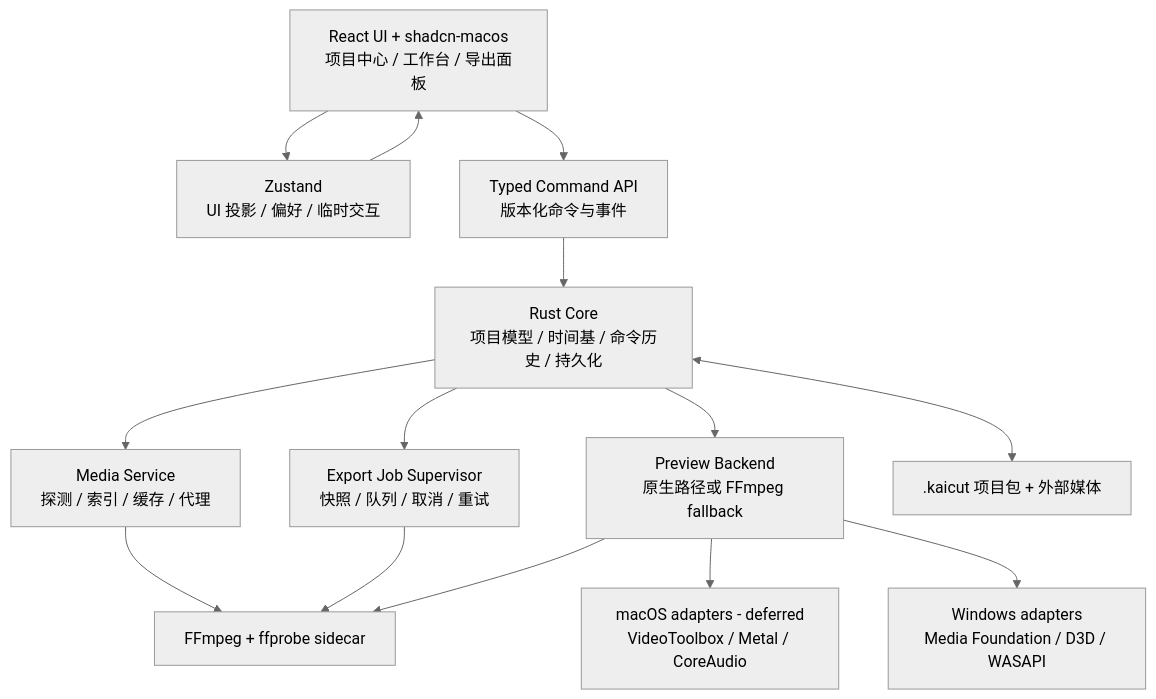
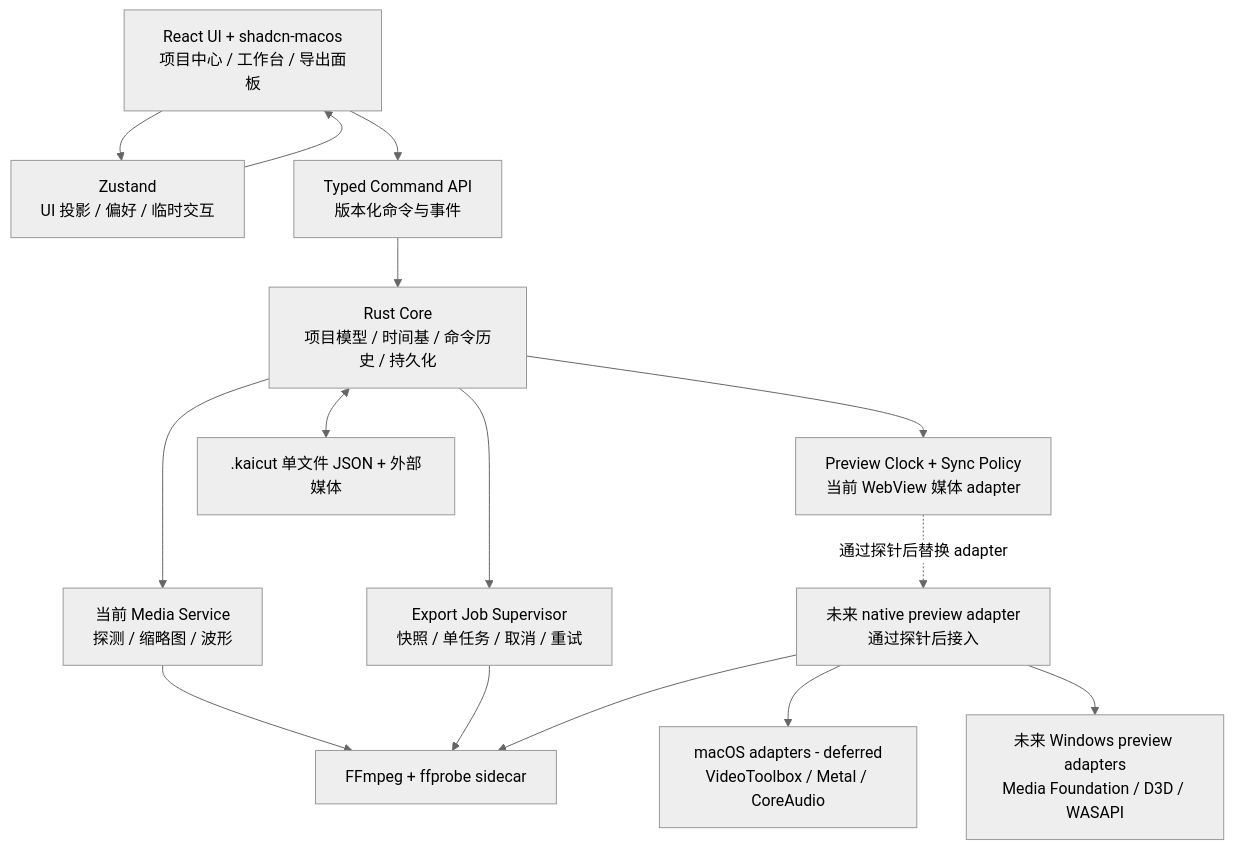
One commit to Jianmiao/KaiCut changed the diagram in docs/ARCHITECTURE.md. Above: the diagram before and after it, drawn with Mermaid (neutral theme). The commit also changed other lines of this file and 266 other files, not shown here.

````diff
--- a/docs/ARCHITECTURE.md
+++ b/docs/ARCHITECTURE.md
@@ -41,28 +41,30 @@
 ```mermaid
 flowchart TD
   UI[React UI + shadcn-macos\n项目中心 / 工作台 / 导出面板]
   Z[Zustand\nUI 投影 / 偏好 / 临时交互]
   CMD[Typed Command API\n版本化命令与事件]
   CORE[Rust Core\n项目模型 / 时间基 / 命令历史 / 持久化]
-  MEDIA[Media Service\n探测 / 索引 / 缓存 / 代理]
-  PREVIEW[Preview Backend\n原生路径或 FFmpeg fallback]
-  EXPORT[Export Job Supervisor\n快照 / 队列 / 取消 / 重试]
+  MEDIA[当前 Media Service\n探测 / 缩略图 / 波形]
+  PREVIEW[Preview Clock + Sync Policy\n当前 WebView 媒体 adapter]
+  NATIVE[未来 native preview adapter\n通过探针后接入]
+  EXPORT[Export Job Supervisor\n快照 / 单任务 / 取消 / 重试]
   SIDE[FFmpeg + ffprobe sidecar]
   MAC[macOS adapters - deferred\nVideoToolbox / Metal / CoreAudio]
-  WIN[Windows adapters\nMedia Foundation / D3D / WASAPI]
-  FILES[.kaicut 项目包 + 外部媒体]
+  WIN[未来 Windows preview adapters\nMedia Foundation / D3D / WASAPI]
+  FILES[.kaicut 单文件 JSON + 外部媒体]
 
   UI --> Z
   UI --> CMD
   Z --> UI
   CMD --> CORE
   CORE --> MEDIA
   CORE --> PREVIEW
   CORE --> EXPORT
   CORE <--> FILES
   MEDIA --> SIDE
   EXPORT --> SIDE
-  PREVIEW --> MAC
-  PREVIEW --> WIN
-  PREVIEW --> SIDE
+  PREVIEW -. 通过探针后替换 adapter .-> NATIVE
+  NATIVE --> MAC
+  NATIVE --> WIN
+  NATIVE --> SIDE
 ```
````
